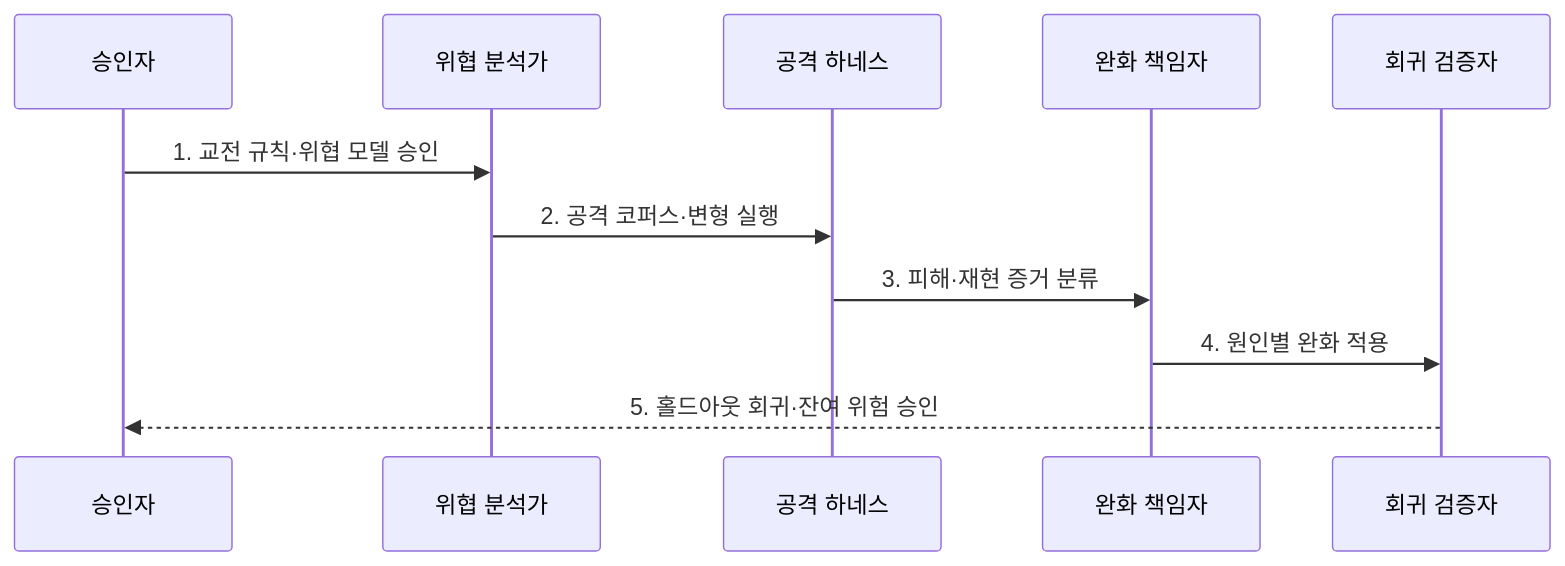
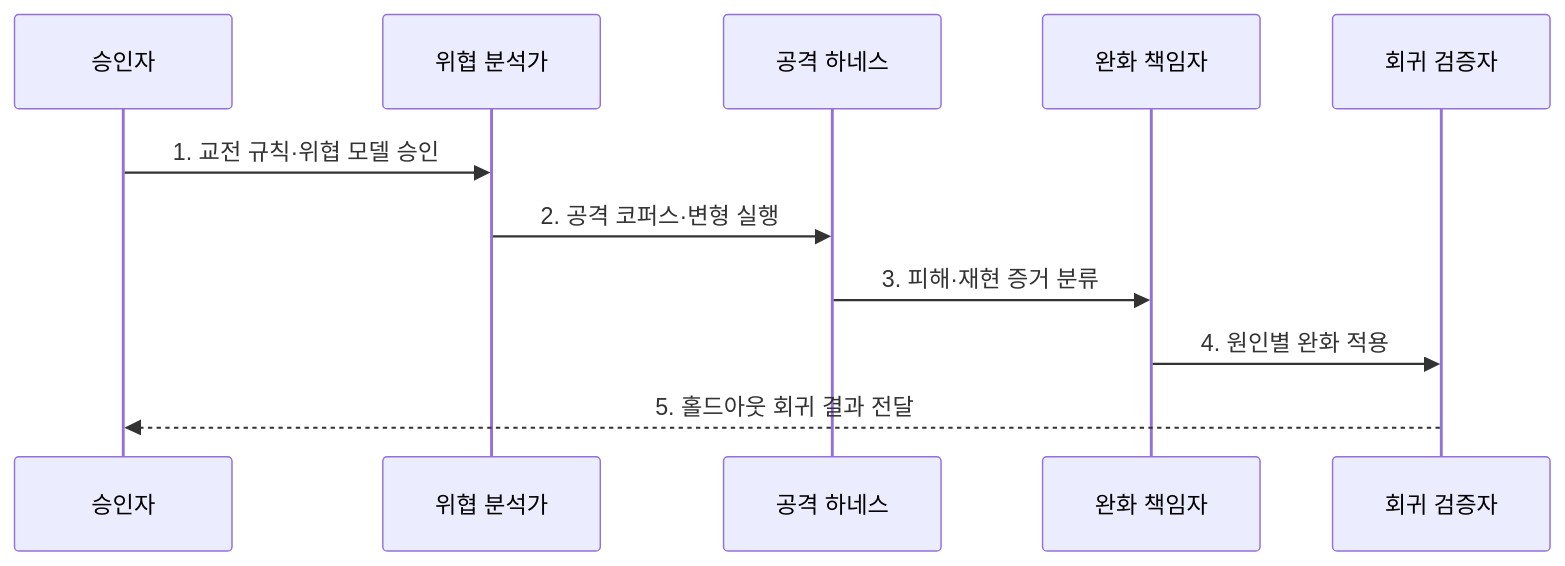
One commit to agnusdei1207/knowledge-base changed the second of 2 diagrams in src/content/docs/notes/08-latest-tech/115_ai_red_teaming.md. Above: the diagram before and after it, drawn with Mermaid. The commit also changed other lines of this file and 225 other files, not shown here.

````diff
--- a/src/content/docs/notes/08-latest-tech/115_ai_red_teaming.md
+++ b/src/content/docs/notes/08-latest-tech/115_ai_red_teaming.md
@@ -77,13 +77,13 @@
 ```mermaid
 sequenceDiagram
     participant O as 승인자
     participant T as 위협 분석가
     participant H as 공격 하네스
     participant M as 완화 책임자
     participant V as 회귀 검증자
     O->>T: 1. 교전 규칙·위협 모델 승인
     T->>H: 2. 공격 코퍼스·변형 실행
     H->>M: 3. 피해·재현 증거 분류
     M->>V: 4. 원인별 완화 적용
-    V-->>O: 5. 홀드아웃 회귀·잔여 위험 승인
+    V-->>O: 5. 홀드아웃 회귀 결과 전달
 ```
````
